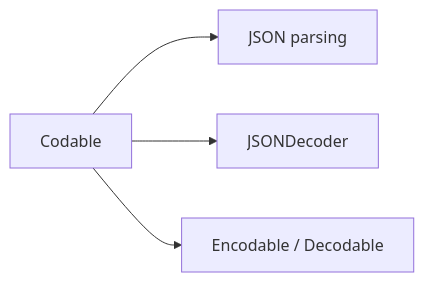
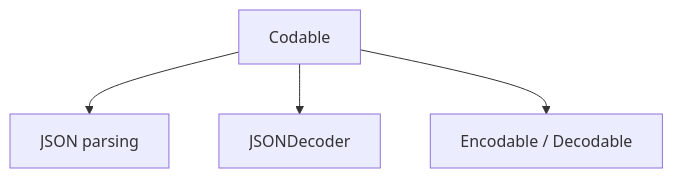
Before and after one commit to zyrass/omnydocs: the tenth of 45 diagrams in docs/glossaire/developpement-mobile.md, drawn with Mermaid. The commit also changed other lines of this file and 959 other files, not shown here.

````diff
--- a/docs/glossaire/developpement-mobile.md
+++ b/docs/glossaire/developpement-mobile.md
@@ -310,6 +346,6 @@
-    ```mermaid
-    graph LR
-        A[Codable] --> B[JSON parsing]
-        A --> C[JSONDecoder]
-        A --> D[Encodable / Decodable]
-    ```
+```mermaid
+flowchart TB
+    A[Codable] --> B["JSON parsing"]
+    A --> C[JSONDecoder]
+    A --> D["Encodable / Decodable"]
+```
````
